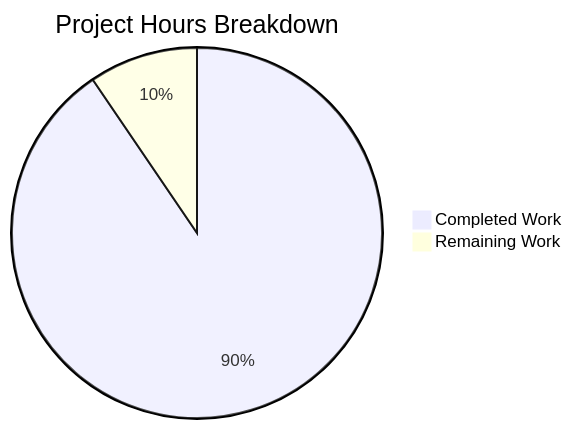
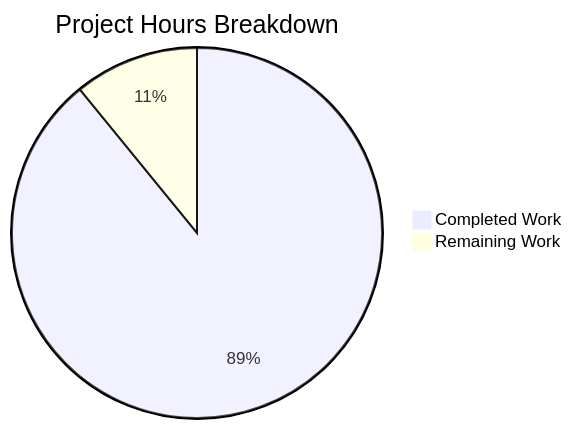
The second of 2 diagrams in blitzy/documentation/Project Guide.md (Blitzy-Sandbox/blitzy-c-compiler), drawn with Mermaid before and after one commit. The commit also changed other lines of this file, not shown here.

Commit message:
Adding Blitzy Project Guide: Project Status and Human Tasks Remaining

````diff
--- a/blitzy/documentation/Project Guide.md
+++ b/blitzy/documentation/Project Guide.md
@@ -238,5 +254,5 @@
 ```mermaid
 pie title Project Hours Breakdown
-    "Completed Work" : 400
-    "Remaining Work" : 42
+    "Completed Work" : 499
+    "Remaining Work" : 61
 ```
````
